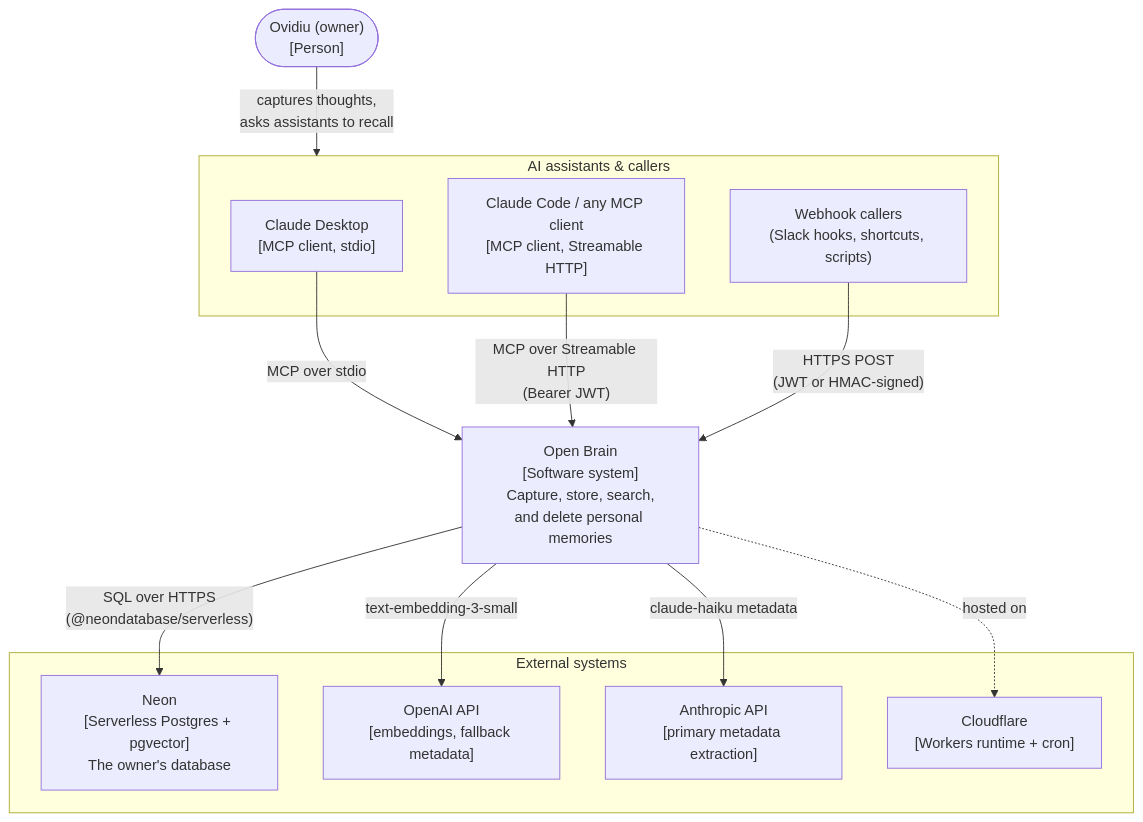
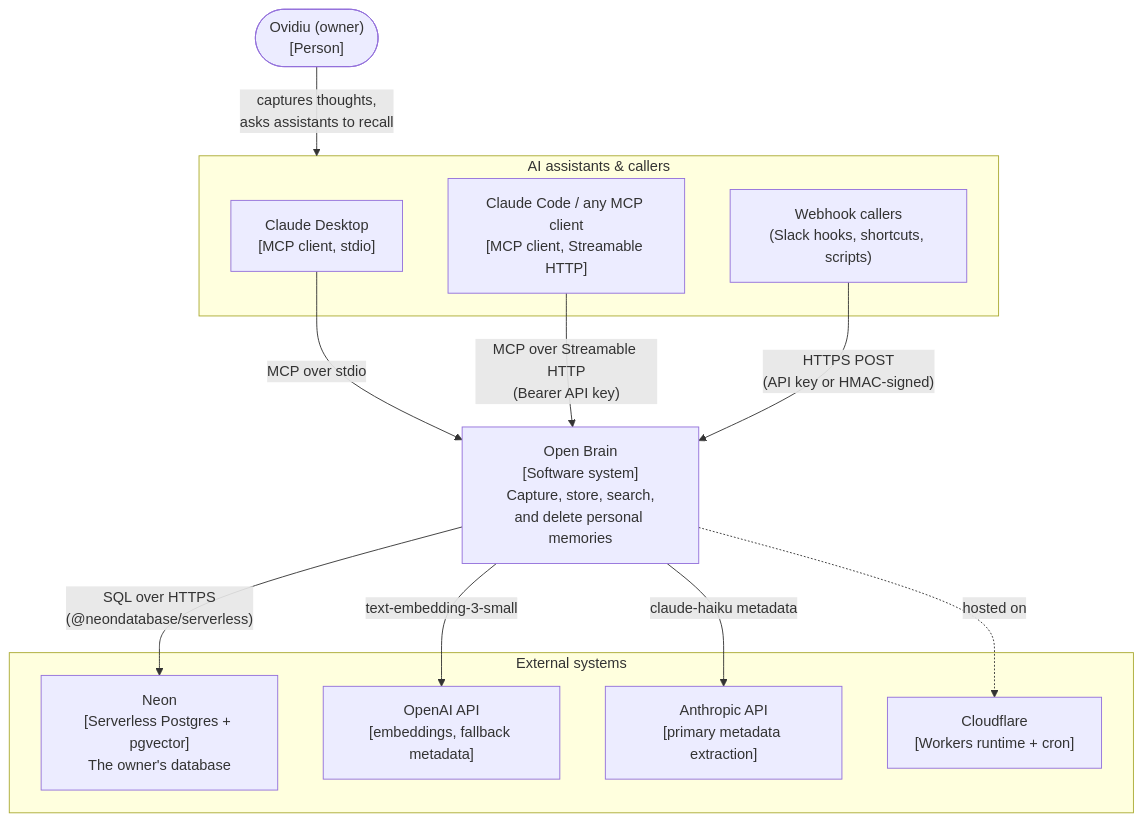
One commit to eovidiu/open-brain changed the first of 4 diagrams in docs/architecture.md. Above: the diagram before and after it, drawn with Mermaid. The commit also changed other lines of this file and 2 other files, not shown here.

First line of the commit message:
docs: retire the JWT credential from the env template and the C4 diagrams

````diff
--- a/docs/architecture.md
+++ b/docs/architecture.md
@@ -23,28 +25,28 @@
 ```mermaid
 flowchart TB
     owner(["Ovidiu (owner)\n[Person]"])
 
     subgraph clients ["AI assistants & callers"]
         desktop["Claude Desktop\n[MCP client, stdio]"]
         remote["Claude Code / any MCP client\n[MCP client, Streamable HTTP]"]
         hooks["Webhook callers\n(Slack hooks, shortcuts, scripts)"]
     end
 
     ob["Open Brain\n[Software system]\nCapture, store, search,\nand delete personal memories"]
 
     subgraph ext ["External systems"]
         neon["Neon\n[Serverless Postgres + pgvector]\nThe owner's database"]
         openai["OpenAI API\n[embeddings, fallback metadata]"]
         anthropic["Anthropic API\n[primary metadata extraction]"]
         cf["Cloudflare\n[Workers runtime + cron]"]
     end
 
     owner -->|"captures thoughts,\nasks assistants to recall"| clients
     desktop -->|"MCP over stdio"| ob
-    remote -->|"MCP over Streamable HTTP\n(Bearer JWT)"| ob
-    hooks -->|"HTTPS POST\n(JWT or HMAC-signed)"| ob
+    remote -->|"MCP over Streamable HTTP\n(Bearer API key)"| ob
+    hooks -->|"HTTPS POST\n(API key or HMAC-signed)"| ob
     ob -->|"SQL over HTTPS\n(@neondatabase/serverless)"| neon
     ob -->|"text-embedding-3-small"| openai
     ob -->|"claude-haiku metadata"| anthropic
     ob -.->|"hosted on"| cf
 ```
````
